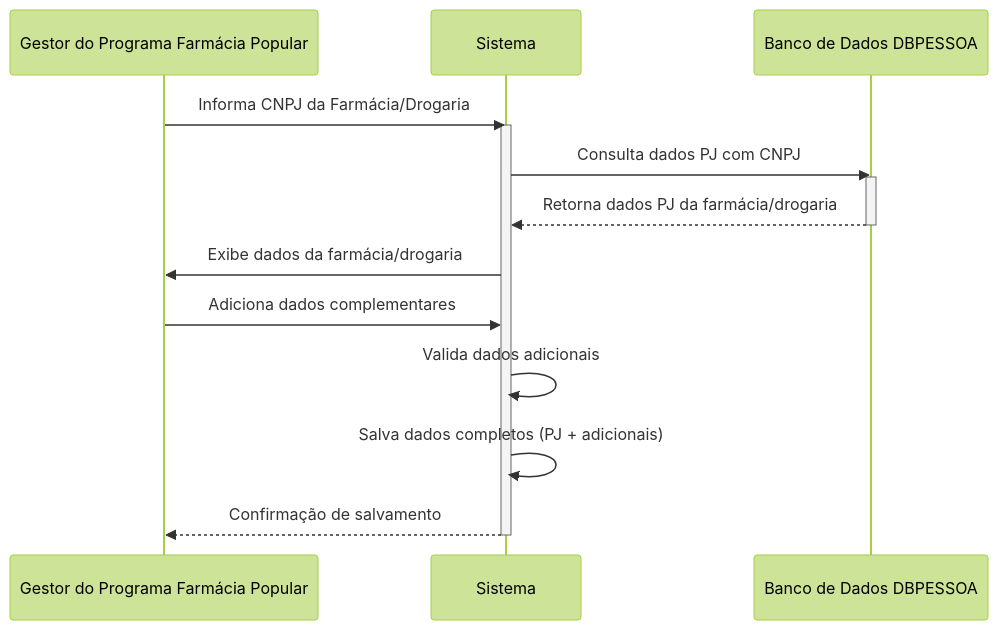
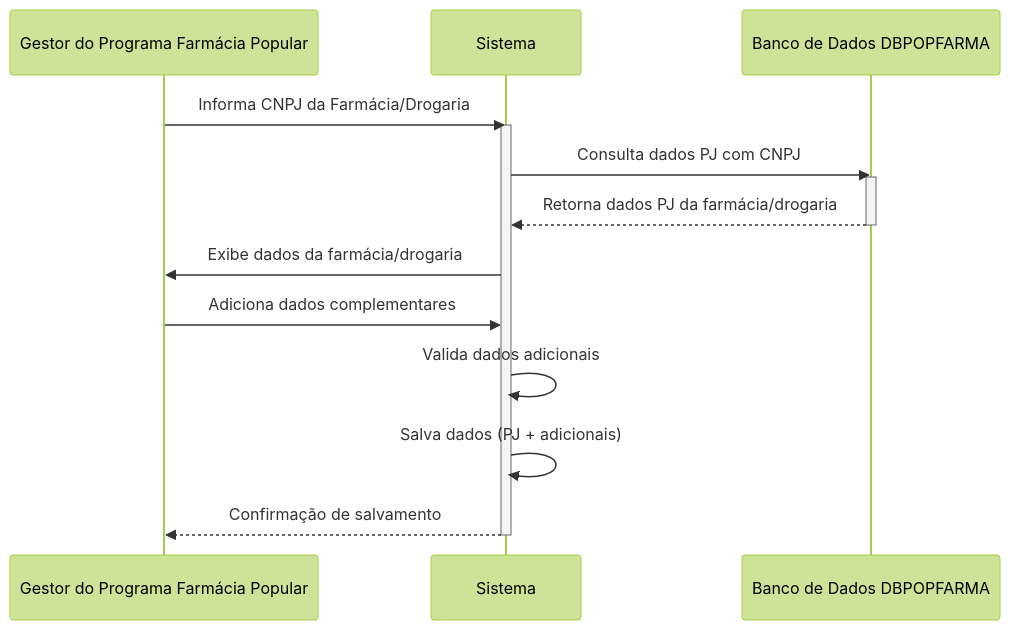
The diagram in docsFpbpo/docs/pifpbpo/PIFPBPO004.md (projeto-af/fpbpo-documentation), drawn with Mermaid before and after one commit. The commit also changed other lines of this file and 4 other files, not shown here.

````diff
--- a/docsFpbpo/docs/pifpbpo/PIFPBPO004.md
+++ b/docsFpbpo/docs/pifpbpo/PIFPBPO004.md
@@ -39,22 +39,22 @@
 ```mermaid
 %%{
   init: { 'theme': 'forest' }
 }%%
 sequenceDiagram
     participant Gestor as Gestor do Programa Farmácia Popular
     participant Sistema
-    participant DBPESSOA as Banco de Dados DBPESSOA
+    participant DBPOPFARMA as Banco de Dados DBPOPFARMA
 
     Gestor->>Sistema: Informa CNPJ da Farmácia/Drogaria
     activate Sistema
-    Sistema->>DBPESSOA: Consulta dados PJ com CNPJ
-    activate DBPESSOA
-    DBPESSOA-->>Sistema: Retorna dados PJ da farmácia/drogaria
-    deactivate DBPESSOA
+    Sistema->>DBPOPFARMA: Consulta dados PJ com CNPJ
+    activate DBPOPFARMA
+    DBPOPFARMA-->>Sistema: Retorna dados PJ da farmácia/drogaria
+    deactivate DBPOPFARMA
     Sistema->>Gestor: Exibe dados da farmácia/drogaria
     Gestor->>Sistema: Adiciona dados complementares
     Sistema->>Sistema: Valida dados adicionais
-    Sistema->>Sistema: Salva dados completos (PJ + adicionais)
+    Sistema->>Sistema: Salva dados (PJ + adicionais)
     Sistema-->>Gestor: Confirmação de salvamento
     deactivate Sistema
 ```
````
